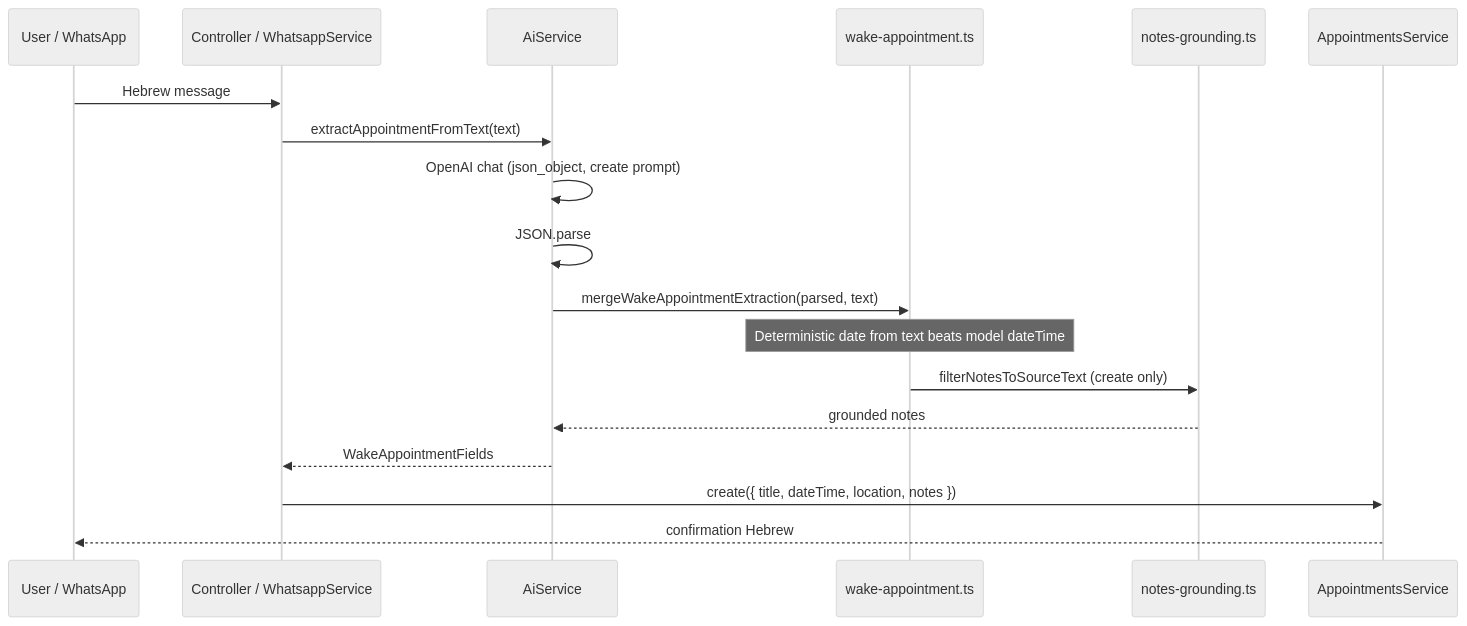
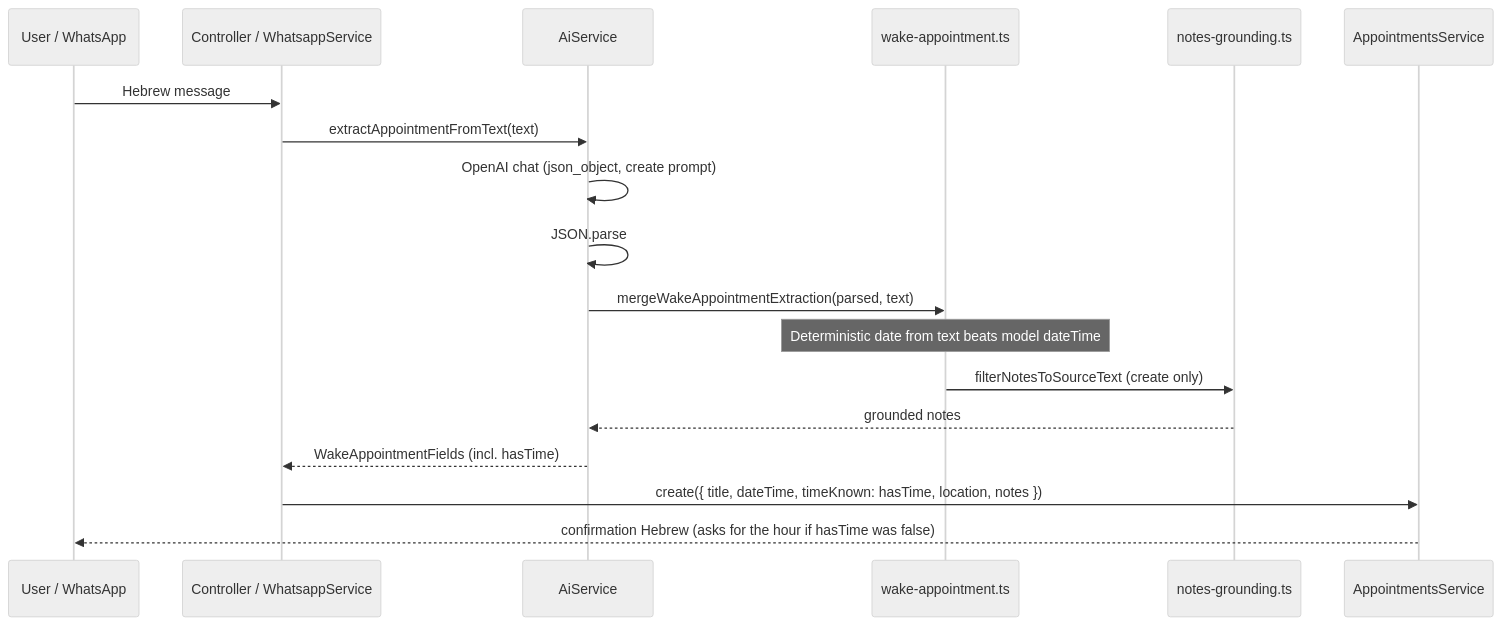
Before and after one commit to stavbarak/medflow-ai: the second of 4 diagrams in summaries/stage-3-ai-extraction-and-queries.md, drawn with Mermaid (neutral theme). The commit also changed other lines of this file and 15 other files, not shown here.

````diff
--- a/summaries/stage-3-ai-extraction-and-queries.md
+++ b/summaries/stage-3-ai-extraction-and-queries.md
@@ -108,21 +108,21 @@
 ```mermaid
 sequenceDiagram
   participant U as User / WhatsApp
   participant C as Controller / WhatsappService
   participant AI as AiService
   participant W as wake-appointment.ts
   participant G as notes-grounding.ts
   participant P as AppointmentsService
 
   U->>C: Hebrew message
   C->>AI: extractAppointmentFromText(text)
   AI->>AI: OpenAI chat (json_object, create prompt)
   AI->>AI: JSON.parse
   AI->>W: mergeWakeAppointmentExtraction(parsed, text)
   Note over W: Deterministic date from text beats model dateTime
   W->>G: filterNotesToSourceText (create only)
   G-->>AI: grounded notes
-  AI-->>C: WakeAppointmentFields
-  C->>P: create({ title, dateTime, location, notes })
-  P-->>U: confirmation Hebrew
+  AI-->>C: WakeAppointmentFields (incl. hasTime)
+  C->>P: create({ title, dateTime, timeKnown: hasTime, location, notes })
+  P-->>U: confirmation Hebrew (asks for the hour if hasTime was false)
 ```
````
